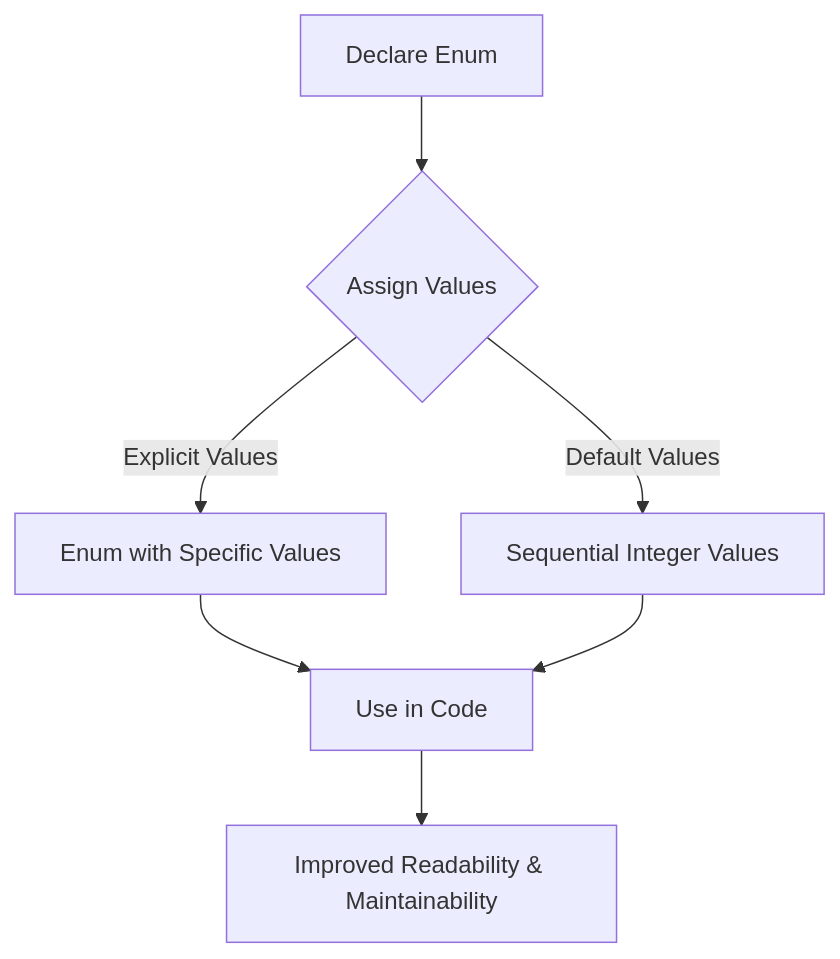
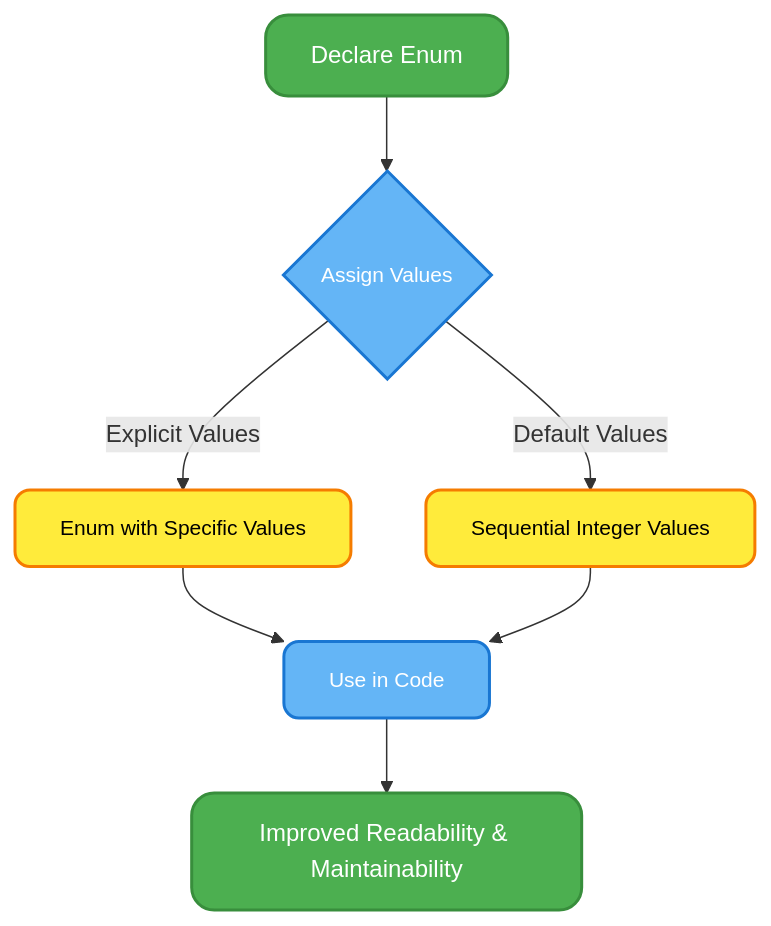
One commit to infoyouth/infoyouth.github.io changed the tenth of 10 diagrams in _posts/2024-12-11-10.-c-user-defined-data-types.md. Above: the diagram before and after it, drawn with Mermaid. The commit also changed other lines of this file, not shown here.

````diff
--- a/_posts/2024-12-11-10.-c-user-defined-data-types.md
+++ b/_posts/2024-12-11-10.-c-user-defined-data-types.md
@@ -1142,9 +1096,16 @@
 ```mermaid
 graph TD
-    A[Declare Enum] --> B{Assign Values};
-    B -- Explicit Values --> C[Enum with Specific Values];
-    B -- Default Values --> D[Sequential Integer Values];
-    C --> E[Use in Code];
-    D --> E;
-    E --> F[Improved Readability & Maintainability];
+    A[Declare Enum] --> B{Assign Values}
+    B -- Explicit Values --> C[Enum with Specific Values]
+    B -- Default Values --> D[Sequential Integer Values]
+    C --> E[Use in Code]
+    D --> E
+    E --> F[Improved Readability & Maintainability]
+    style A fill:#4CAF50,stroke:#388E3C,stroke-width:2px,color:#FFFFFF,font-size:16px,rx:15px
+    style B fill:#64B5F6,stroke:#1976D2,stroke-width:2px,color:#FFFFFF,font-size:14px,rx:10px
+    style C fill:#FFEB3B,stroke:#F57C00,stroke-width:2px,color:#000000,font-size:14px,rx:10px
+    style D fill:#FFEB3B,stroke:#F57C00,stroke-width:2px,color:#000000,font-size:14px,rx:10px
+    style E fill:#64B5F6,stroke:#1976D2,stroke-width:2px,color:#FFFFFF,font-size:14px,rx:10px
+    style F fill:#4CAF50,stroke:#388E3C,stroke-width:2px,color:#FFFFFF,font-size:16px,rx:15px
+
 ```
````
